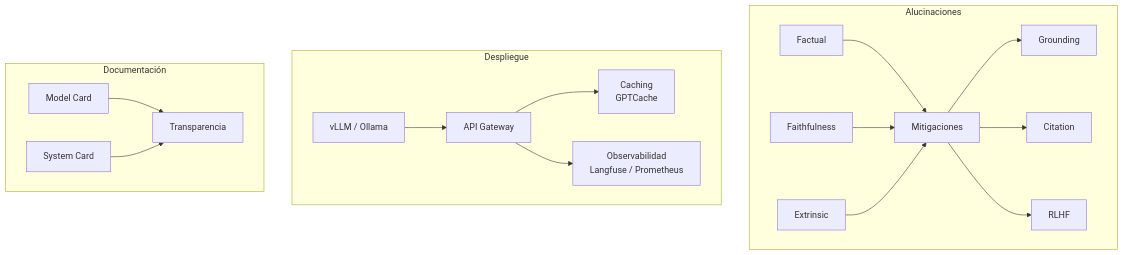
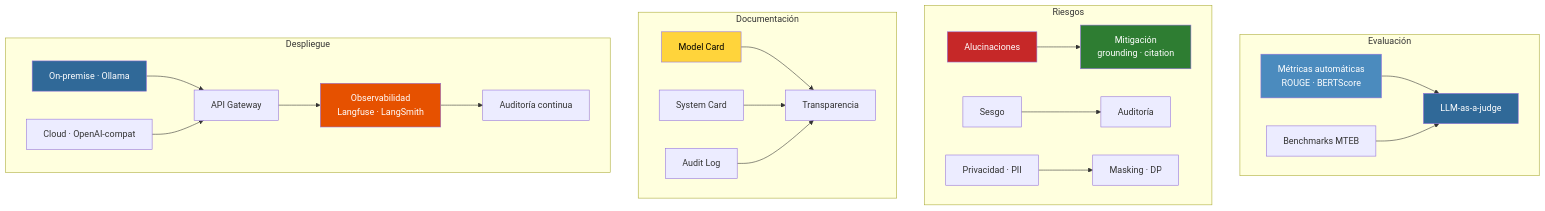
Before and after one commit to Adamychen/m10_quarto: the first of 2 diagrams in bloque4/04-gobernanza.qmd, drawn with Mermaid. The commit also changed other lines of this file and 12 other files, not shown here.

````diff
--- a/bloque4/04-gobernanza.qmd
+++ b/bloque4/04-gobernanza.qmd
@@ -42,20 +18,30 @@
 ```{mermaid}
 graph TD
-    subgraph "Alucinaciones"
-        A[Factual] --> D[Mitigaciones]
-        B[Faithfulness] --> D
-        C[Extrinsic] --> D
-        D --> E[Grounding]
-        D --> F[Citation]
-        D --> G[RLHF]
+    subgraph "Evaluación"
+        A[Métricas automáticas<br/>ROUGE · BERTScore] --> D[LLM-as-a-judge]
+        B[Benchmarks MTEB] --> D
+    end
+    subgraph "Riesgos"
+        E[Alucinaciones] --> H[Mitigación<br/>grounding · citation]
+        F[Sesgo] --> I[Auditoría]
+        G[Privacidad · PII] --> J[Masking · DP]
+    end
+    subgraph "Documentación"
+        K[Model Card] --> N[Transparencia]
+        L[System Card] --> N
+        M[Audit Log] --> N
     end
     subgraph "Despliegue"
-        H[vLLM / Ollama] --> I[API Gateway]
-        I --> J[Caching<br/>GPTCache]
-        I --> K[Observabilidad<br/>Langfuse / Prometheus]
+        O[On-premise · Ollama] --> P[API Gateway]
+        Q[Cloud · OpenAI-compat] --> P
+        P --> R[Observabilidad<br/>Langfuse · LangSmith]
+        R --> S[Auditoría continua]
     end
-    subgraph "Documentación"
-        L[Model Card] --> N[Transparencia]
-        M[System Card] --> N
-    end
+    style A fill:#4B8BBE,color:#fff
+    style D fill:#306998,color:#fff
+    style E fill:#c62828,color:#fff
+    style H fill:#2e7d32,color:#fff
+    style K fill:#FFD43B,color:#000
+    style O fill:#306998,color:#fff
+    style R fill:#e65100,color:#fff
 ```
````
